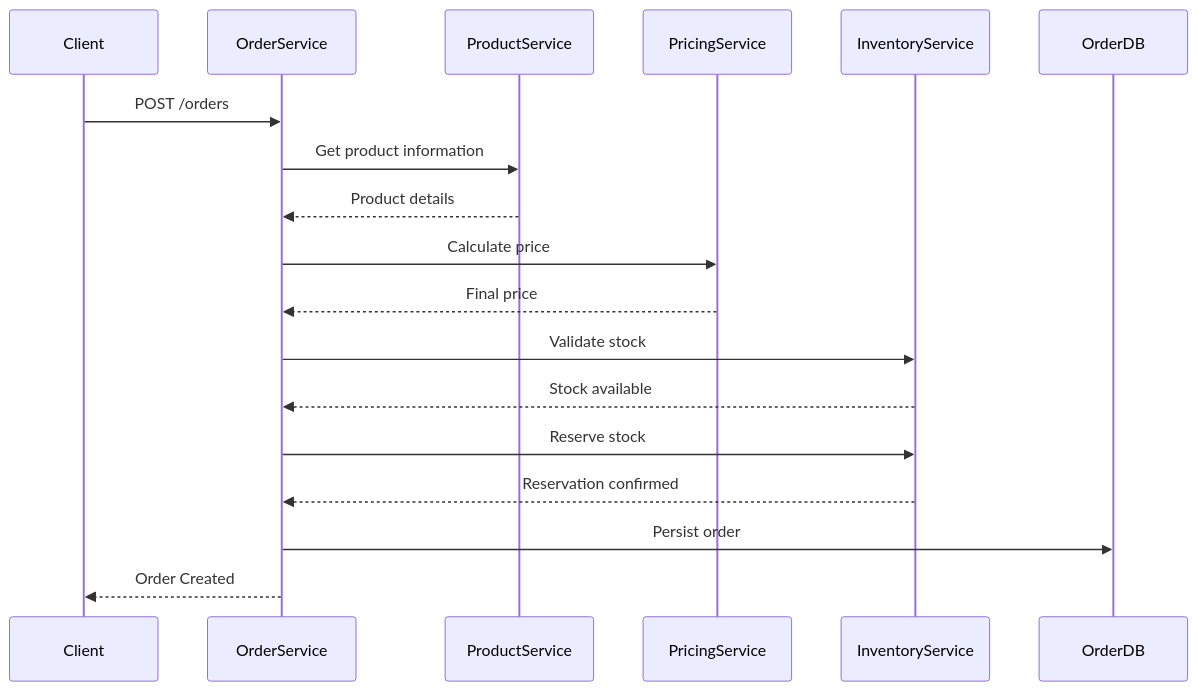
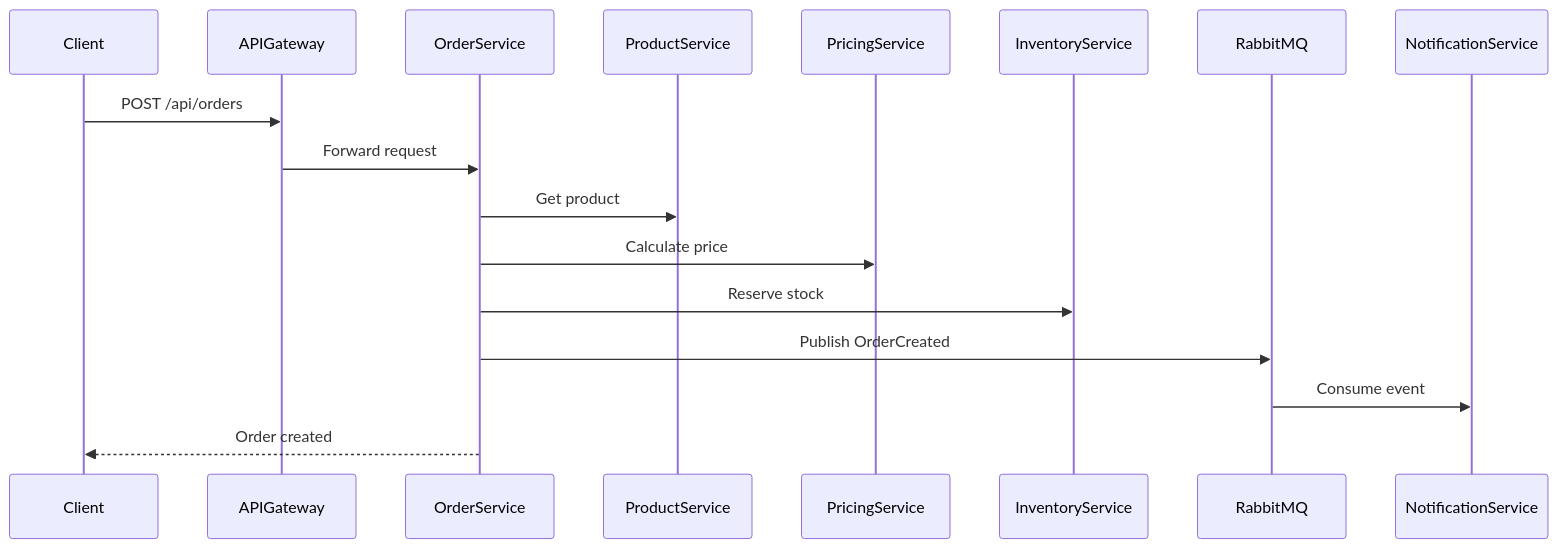
One commit to sebastiancgomez/ECommerce.Microservices changed the second of 2 diagrams in README.md. Above: the diagram before and after it, drawn with Mermaid. The commit also changed other lines of this file, not shown here.

````diff
--- a/README.md
+++ b/README.md
@@ -320,21 +217,16 @@
 ```mermaid
 sequenceDiagram
 
-Client->>OrderService: POST /orders
+Client->>APIGateway: POST /api/orders
+APIGateway->>OrderService: Forward request
 
-OrderService->>ProductService: Get product information
-ProductService-->>OrderService: Product details
+OrderService->>ProductService: Get product
+OrderService->>PricingService: Calculate price
+OrderService->>InventoryService: Reserve stock
 
-OrderService->>PricingService: Calculate price
-PricingService-->>OrderService: Final price
+OrderService->>RabbitMQ: Publish OrderCreated
 
-OrderService->>InventoryService: Validate stock
-InventoryService-->>OrderService: Stock available
+RabbitMQ->>NotificationService: Consume event
 
-OrderService->>InventoryService: Reserve stock
-InventoryService-->>OrderService: Reservation confirmed
-
-OrderService->>OrderDB: Persist order
-
-OrderService-->>Client: Order Created
+OrderService-->>Client: Order created
 ```
````
